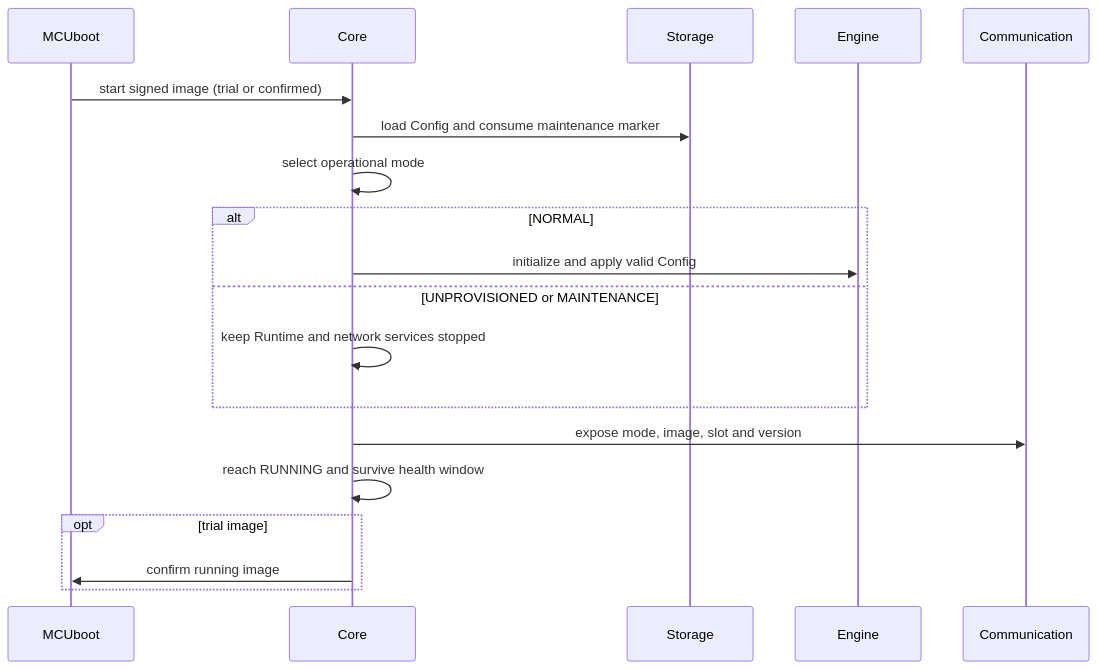
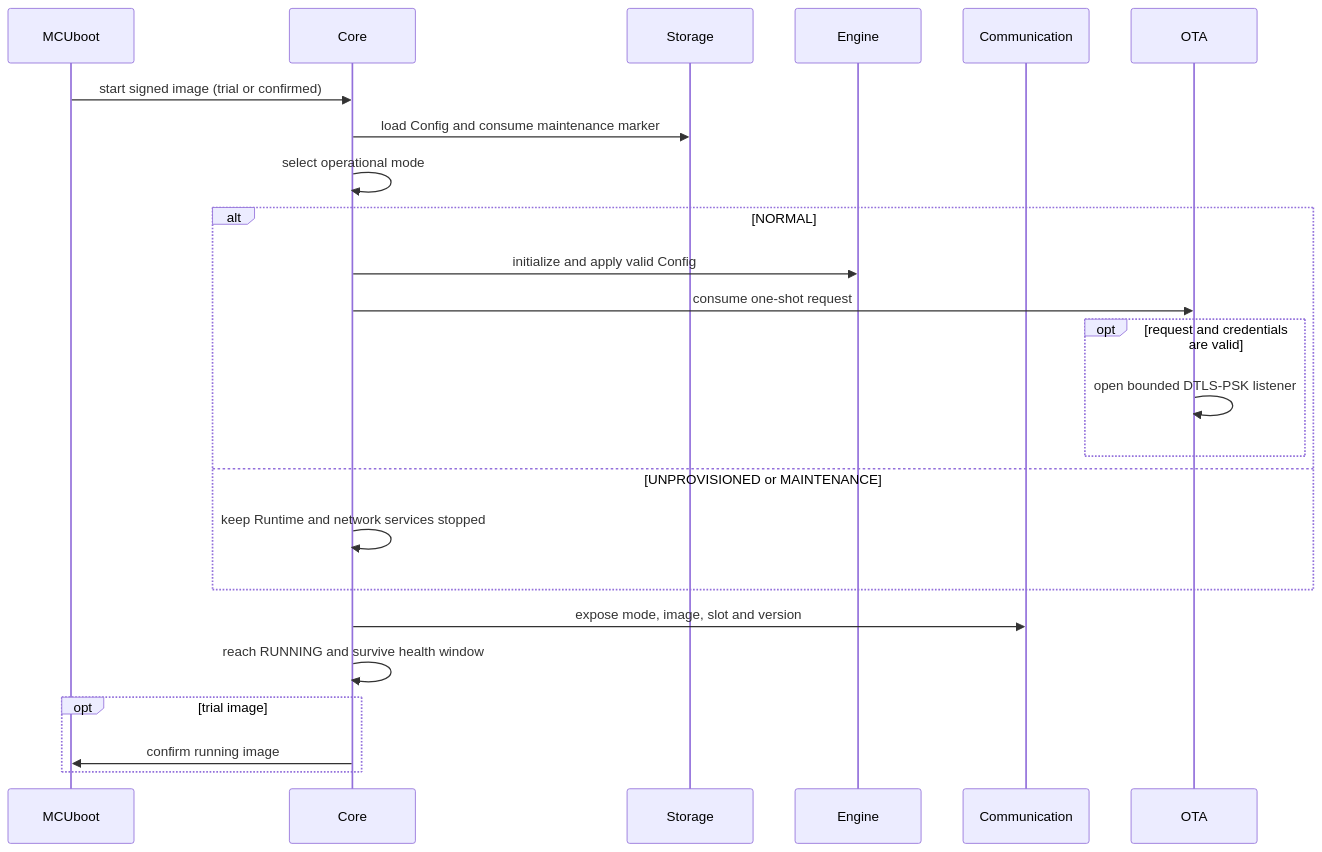
Diagram 15 of 20 in Firmware/core/ARCHITECTURE.md (andreapiccini/SpaghettiLAB), drawn with Mermaid before and after one commit. The commit also changed other lines of this file and 28 other files, not shown here.

````diff
--- a/Firmware/core/ARCHITECTURE.md
+++ b/Firmware/core/ARCHITECTURE.md
@@ -652,21 +654,26 @@
 ```mermaid
 sequenceDiagram
     participant MCUboot
     participant Core
     participant Storage
     participant Engine
     participant Communication
+    participant OTA
     MCUboot->>Core: start signed image (trial or confirmed)
     Core->>Storage: load Config and consume maintenance marker
     Core->>Core: select operational mode
     alt NORMAL
         Core->>Engine: initialize and apply valid Config
+        Core->>OTA: consume one-shot request
+        opt request and credentials are valid
+            OTA->>OTA: open bounded DTLS-PSK listener
+        end
     else UNPROVISIONED or MAINTENANCE
         Core->>Core: keep Runtime and network services stopped
     end
     Core->>Communication: expose mode, image, slot and version
     Core->>Core: reach RUNNING and survive health window
     opt trial image
         Core->>MCUboot: confirm running image
     end
 ```
````
